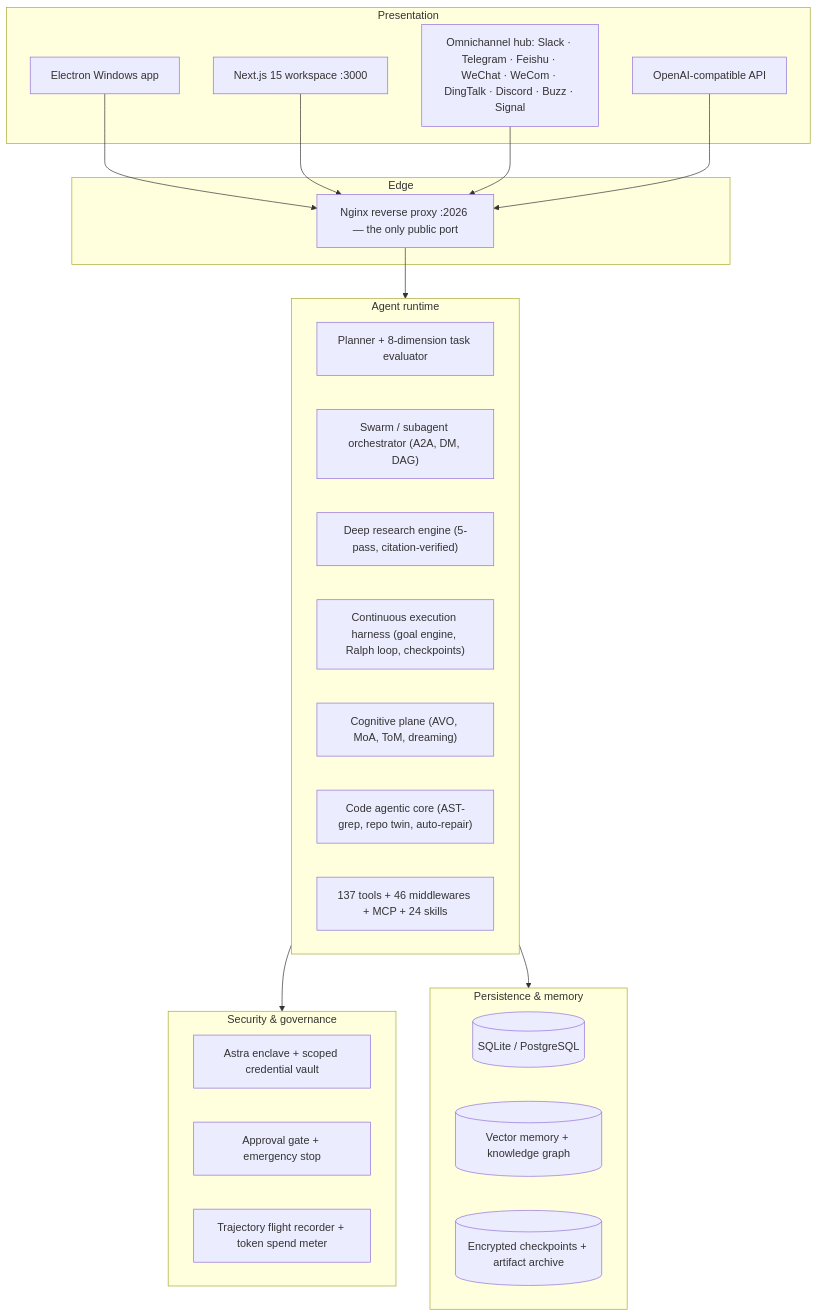
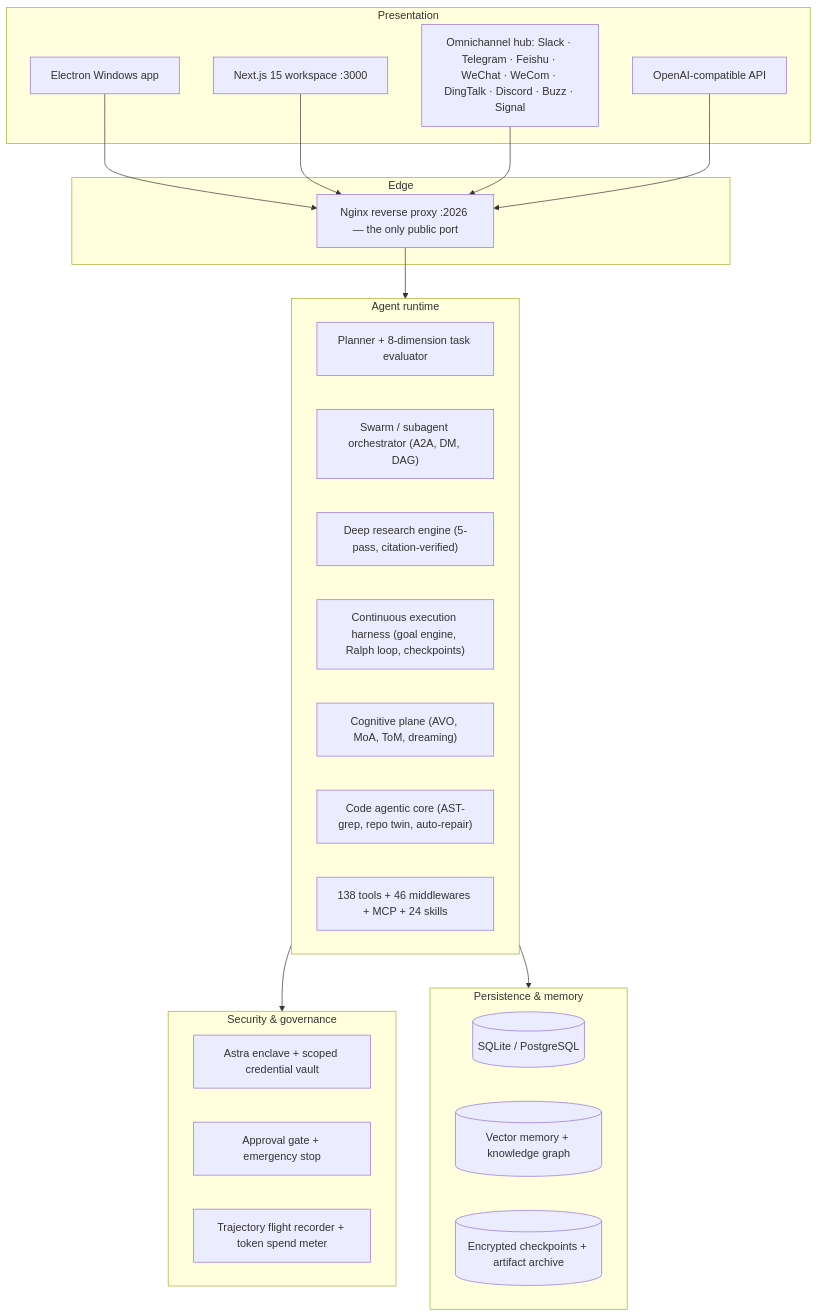
The diagram in README.md (itsPremkumar/alpha), drawn with Mermaid before and after one commit. The commit also changed other lines of this file and 10 other files, not shown here.

````diff
--- a/README.md
+++ b/README.md
@@ -137,43 +137,43 @@
 ```mermaid
 flowchart TB
     subgraph Presentation ["Presentation"]
         Electron["Electron Windows app"]
         Web["Next.js 15 workspace :3000"]
         IM["Omnichannel hub: Slack · Telegram · Feishu · WeChat · WeCom · DingTalk · Discord · Buzz · Signal"]
         OpenAICompat["OpenAI-compatible API"]
     end
 
     subgraph Edge ["Edge"]
         Nginx["Nginx reverse proxy :2026 — the only public port"]
     end
 
     subgraph Runtime ["Agent runtime"]
         Planner["Planner + 8-dimension task evaluator"]
         Orchestrator["Swarm / subagent orchestrator (A2A, DM, DAG)"]
         Research["Deep research engine (5-pass, citation-verified)"]
         Harness["Continuous execution harness (goal engine, Ralph loop, checkpoints)"]
         Cognition["Cognitive plane (AVO, MoA, ToM, dreaming)"]
         CodeCore["Code agentic core (AST-grep, repo twin, auto-repair)"]
-        Tools["137 tools + 46 middlewares + MCP + 24 skills"]
+        Tools["138 tools + 46 middlewares + MCP + 24 skills"]
     end
 
     subgraph Security ["Security & governance"]
         Astra["Astra enclave + scoped credential vault"]
         Approval["Approval gate + emergency stop"]
         Audit["Trajectory flight recorder + token spend meter"]
     end
 
     subgraph Storage ["Persistence & memory"]
         DB[("SQLite / PostgreSQL")]
         Mem[("Vector memory + knowledge graph")]
         CKPT[("Encrypted checkpoints + artifact archive")]
     end
 
     Electron --> Nginx
     Web --> Nginx
     IM --> Nginx
     OpenAICompat --> Nginx
     Nginx --> Runtime
     Runtime --> Security
     Runtime --> Storage
 ```
````
